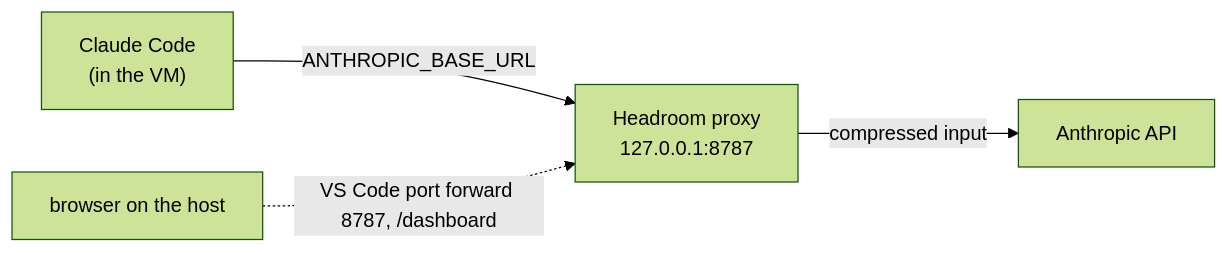
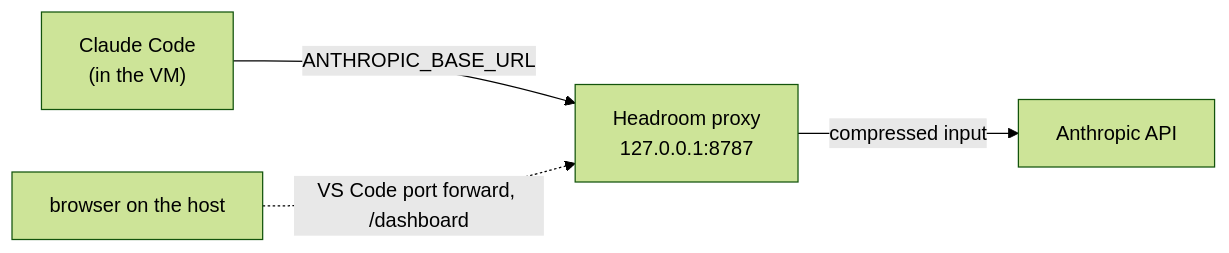
One commit to raghav19/engineersdaybook changed the diagram in .sbx/docs/headroom.md. Above: the diagram before and after it, drawn with Mermaid (forest theme). The commit also changed other lines of this file, not shown here.

````diff
--- a/.sbx/docs/headroom.md
+++ b/.sbx/docs/headroom.md
@@ -5,6 +5,6 @@
 ```mermaid
 flowchart LR
     claude["Claude Code<br/>(in the VM)"] -- "ANTHROPIC_BASE_URL" --> proxy["Headroom proxy<br/>127.0.0.1:8787"]
     proxy -- "compressed input" --> api["Anthropic API"]
-    browser["browser on the host"] -. "VS Code port forward 8787, /dashboard" .-> proxy
+    browser["browser on the host"] -. "VS Code port forward, /dashboard" .-> proxy
 ```
````
